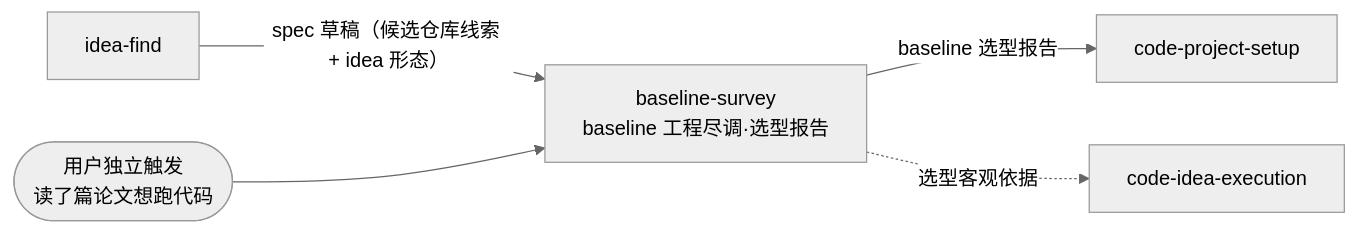
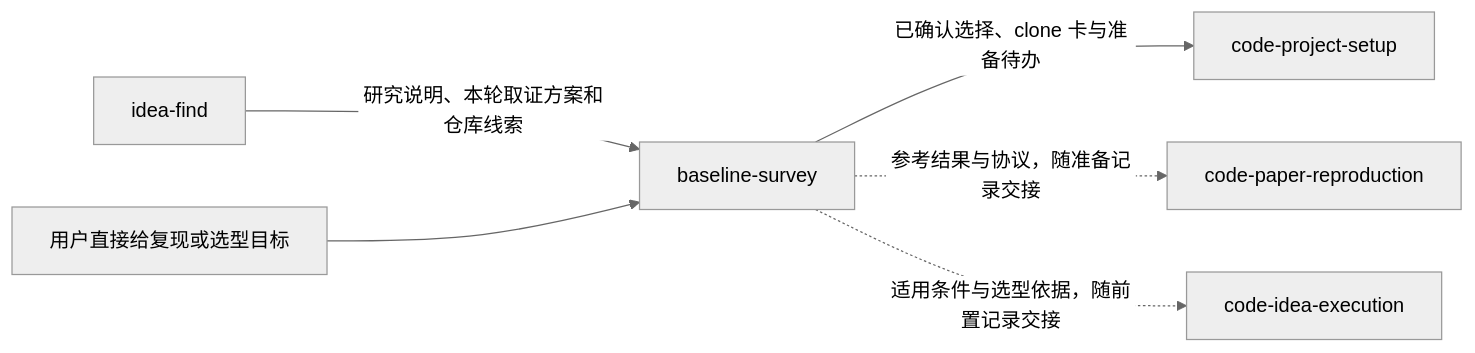
The first of 2 diagrams in plugins/dl-assistant/skills/baseline-survey/SKILL.md (jackwang0108/dl-assistant), drawn with Mermaid (neutral theme) before and after one commit. The commit also changed other lines of this file and 4 other files, not shown here.

Commit message:
Improve the baseline survey workflow and handoff

````diff
--- a/plugins/dl-assistant/skills/baseline-survey/SKILL.md
+++ b/plugins/dl-assistant/skills/baseline-survey/SKILL.md
@@ -51,8 +12,8 @@
 ```mermaid
 flowchart LR
-    IF[idea-find] -->|spec 草稿（候选仓库线索 + idea 形态）| BS
-    USER(["用户独立触发<br/>读了篇论文想跑代码"]) --> BS
-    BS["baseline-survey<br/>baseline 工程尽调·选型报告"]
-    BS -->|baseline 选型报告| CPS[code-project-setup]
-    BS -.->|选型客观依据| EX["code-idea-execution"]
+    IF["idea-find"] -->|"研究说明、本轮取证方案和仓库线索"| BS["baseline-survey"]
+    USER["用户直接给复现或选型目标"] --> BS
+    BS -->|"已确认选择、clone 卡与准备待办"| CPS["code-project-setup"]
+    BS -.->|"参考结果与协议，随准备记录交接"| CPR["code-paper-reproduction"]
+    BS -.->|"适用条件与选型依据，随前置记录交接"| EX["code-idea-execution"]
 ```
````
